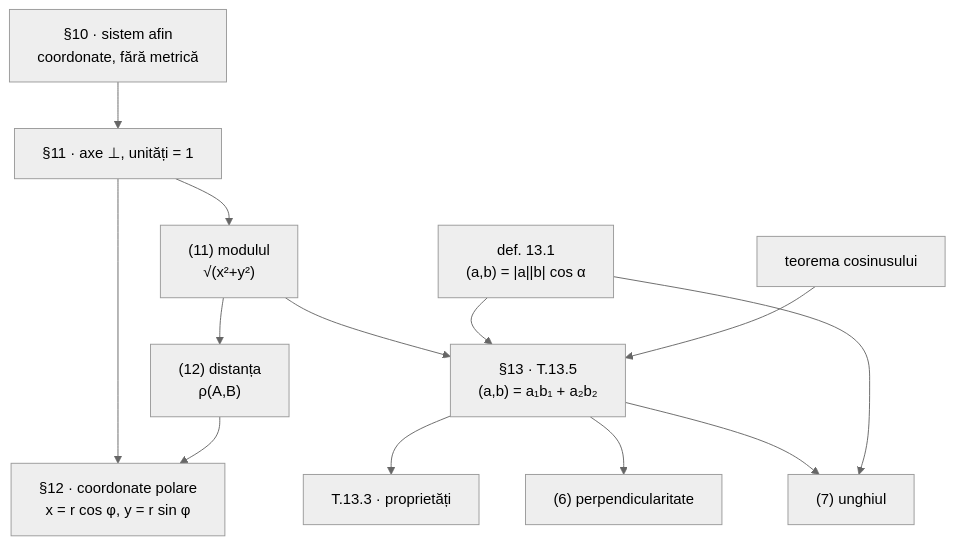
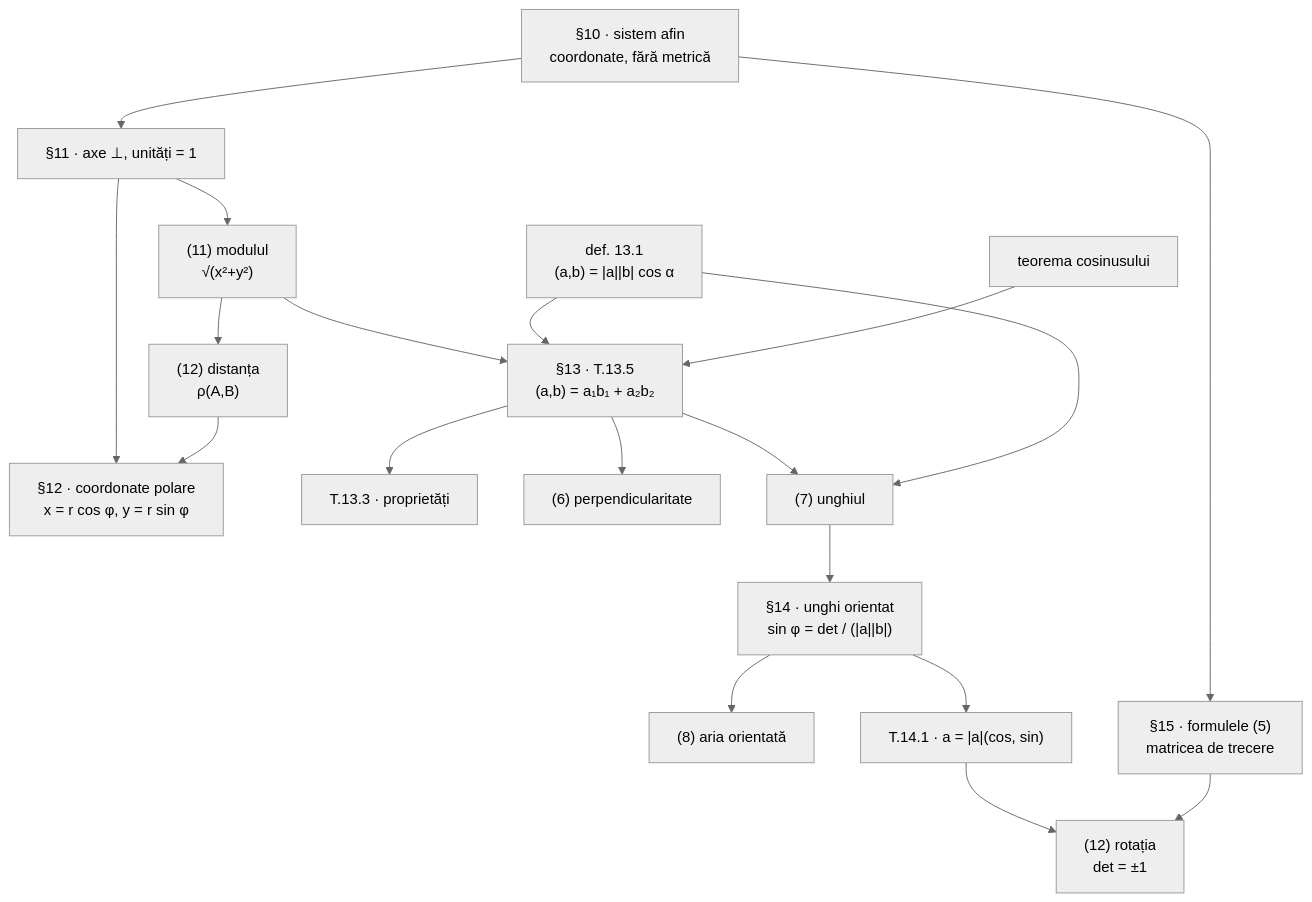
The diagram in content/geometrie-analitica/Recapitulare — metrica planului.md (nudoarmetudor/conspecte), drawn with Mermaid (neutral theme) before and after one commit. The commit also changed other lines of this file and 38 other files, not shown here.

````diff
--- a/content/geometrie-analitica/Recapitulare — metrica planului.md
+++ b/content/geometrie-analitica/Recapitulare — metrica planului.md
@@ -90,15 +130,21 @@
 ```mermaid
 graph TD
   A["§10 · sistem afin<br/>coordonate, fără metrică"] --> B["§11 · axe ⊥, unități = 1"]
   B --> C["(11) modulul<br/>√(x²+y²)"]
   C --> D["(12) distanța<br/>ρ(A,B)"]
   B --> E["§12 · coordonate polare<br/>x = r cos φ, y = r sin φ"]
   D --> E
   C --> F["§13 · T.13.5<br/>(a,b) = a₁b₁ + a₂b₂"]
   G["def. 13.1<br/>(a,b) = |a||b| cos α"] --> F
   H["teorema cosinusului"] --> F
   F --> I["T.13.3 · proprietăți"]
   F --> J["(6) perpendicularitate"]
   F --> K["(7) unghiul"]
   G --> K
+  K --> L["§14 · unghi orientat<br/>sin φ = det / (|a||b|)"]
+  L --> M["(8) aria orientată"]
+  L --> N["T.14.1 · a = |a|(cos, sin)"]
+  A --> P["§15 · formulele (5)<br/>matricea de trecere"]
+  N --> Q["(12) rotația<br/>det = ±1"]
+  P --> Q
 ```
````
